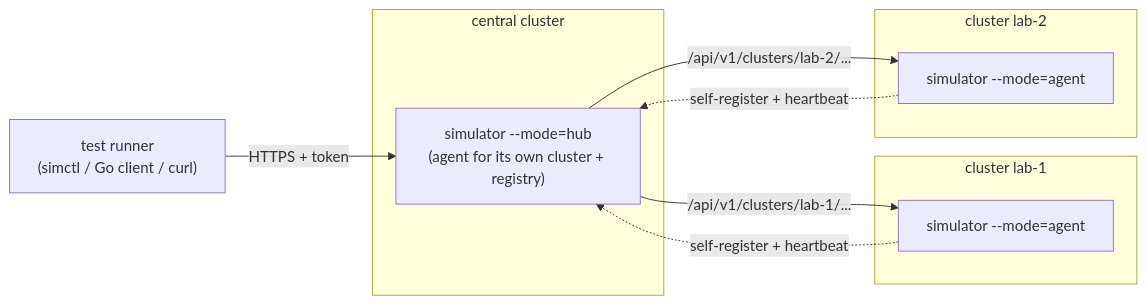
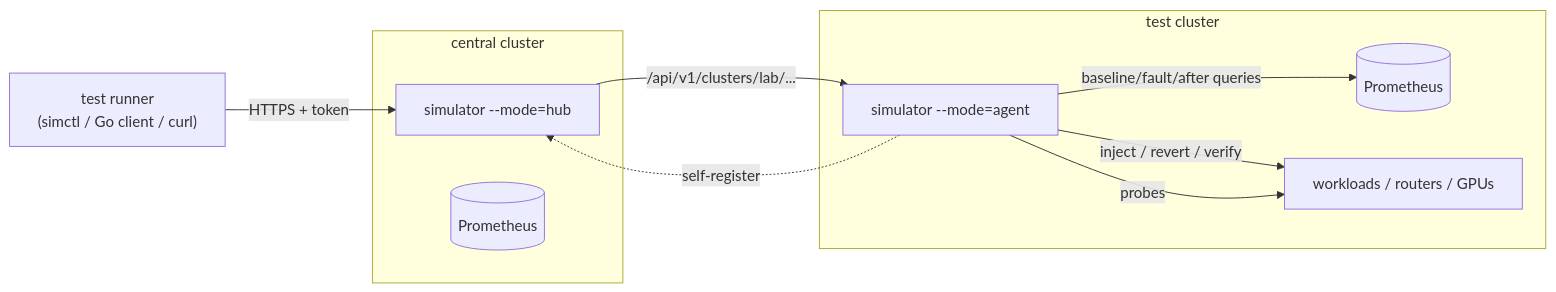
The diagram in simulations/README.md (benmaguire/onit-ai-testenv), drawn with Mermaid before and after one commit. The commit also changed other lines of this file and 162 other files, not shown here.

````diff
--- a/simulations/README.md
+++ b/simulations/README.md
@@ -20,17 +27,18 @@
 ```mermaid
 flowchart LR
     runner["test runner<br/>(simctl / Go client / curl)"] -- HTTPS + token --> hub
     subgraph central[central cluster]
-      hub["simulator --mode=hub<br/>(agent for its own cluster + registry)"]
+      hub["simulator --mode=hub"]
+      prom1[(Prometheus)]
     end
-    subgraph lab1[cluster lab-1]
-      a1[simulator --mode=agent]
+    subgraph lab[test cluster]
+      agent[simulator --mode=agent]
+      prom2[(Prometheus)]
+      pods[workloads / routers / GPUs]
     end
-    subgraph lab2[cluster lab-2]
-      a2[simulator --mode=agent]
-    end
-    hub -- "/api/v1/clusters/lab-1/..." --> a1
-    hub -- "/api/v1/clusters/lab-2/..." --> a2
-    a1 -. "self-register + heartbeat" .-> hub
-    a2 -. "self-register + heartbeat" .-> hub
+    hub -- "/api/v1/clusters/lab/..." --> agent
+    agent -. self-register .-> hub
+    agent -- inject / revert / verify --> pods
+    agent -- probes --> pods
+    agent -- baseline/fault/after queries --> prom2
 ```
````
